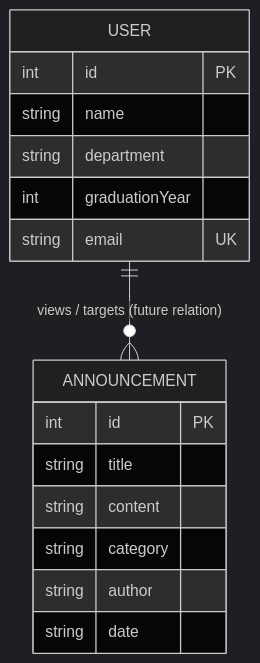
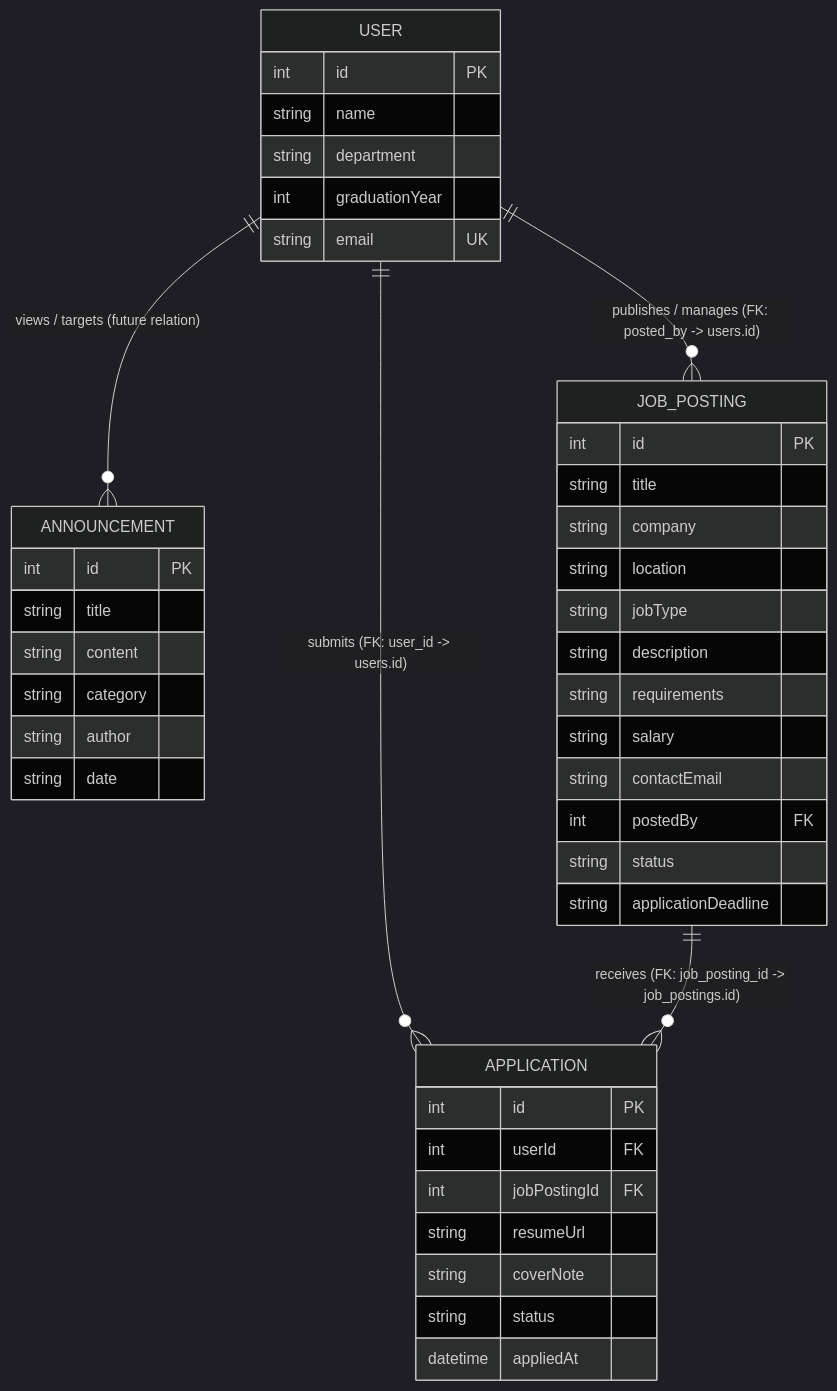
Before and after one commit to HakanURAL06/alumni: the first of 3 diagrams in ddd.md, drawn with Mermaid (dark theme). The commit also changed other lines of this file and 44 other files, not shown here.

````diff
--- a/ddd.md
+++ b/ddd.md
@@ -103,21 +185,49 @@
 ```mermaid
 erDiagram
     USER {
         int id PK
         string name
         string department
         int graduationYear
         string email UK
     }
 
     ANNOUNCEMENT {
         int id PK
         string title
         string content
         string category
         string author
         string date
     }
 
+    JOB_POSTING {
+        int id PK
+        string title
+        string company
+        string location
+        string jobType
+        string description
+        string requirements
+        string salary
+        string contactEmail
+        int postedBy FK
+        string status
+        string applicationDeadline
+    }
+
+    APPLICATION {
+        int id PK
+        int userId FK
+        int jobPostingId FK
+        string resumeUrl
+        string coverNote
+        string status
+        datetime appliedAt
+    }
+
+    USER ||--o{ JOB_POSTING : "publishes / manages (FK: posted_by -> users.id)"
+    USER ||--o{ APPLICATION : "submits (FK: user_id -> users.id)"
+    JOB_POSTING ||--o{ APPLICATION : "receives (FK: job_posting_id -> job_postings.id)"
     USER ||--o{ ANNOUNCEMENT : "views / targets (future relation)"
 ```
````
